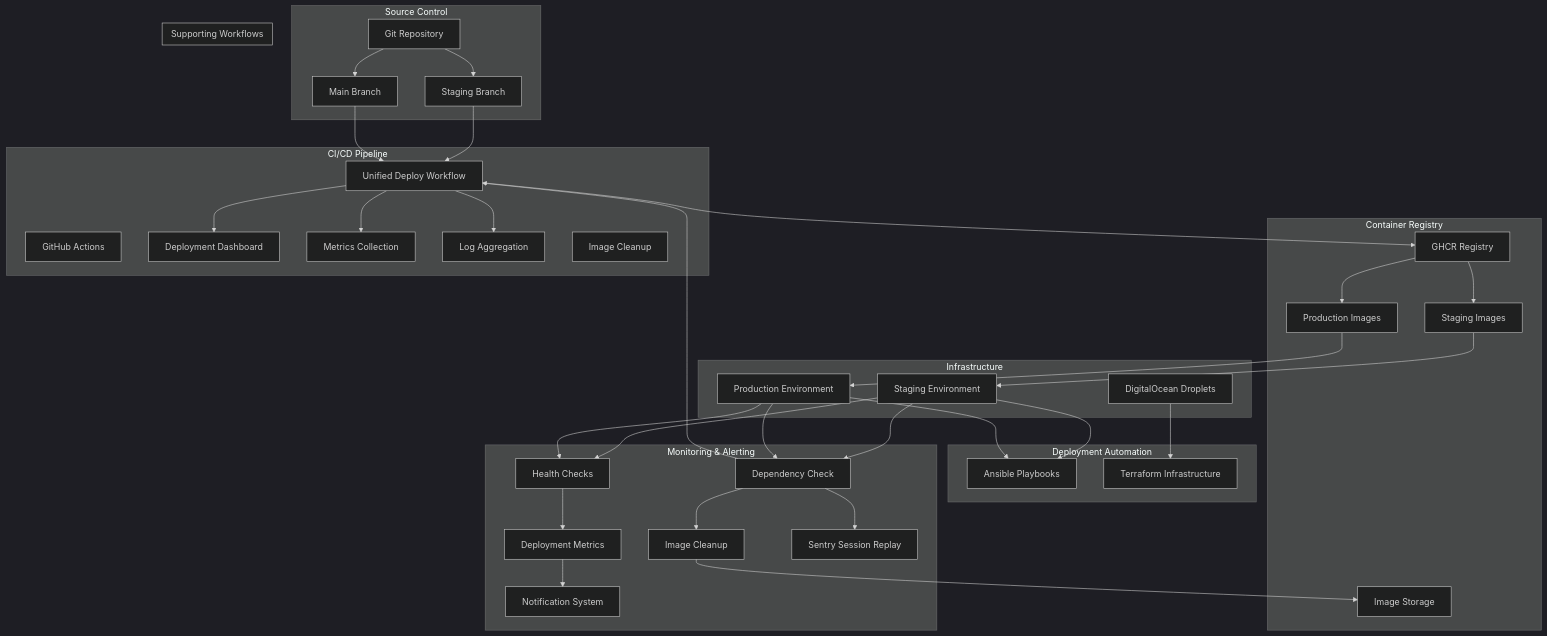
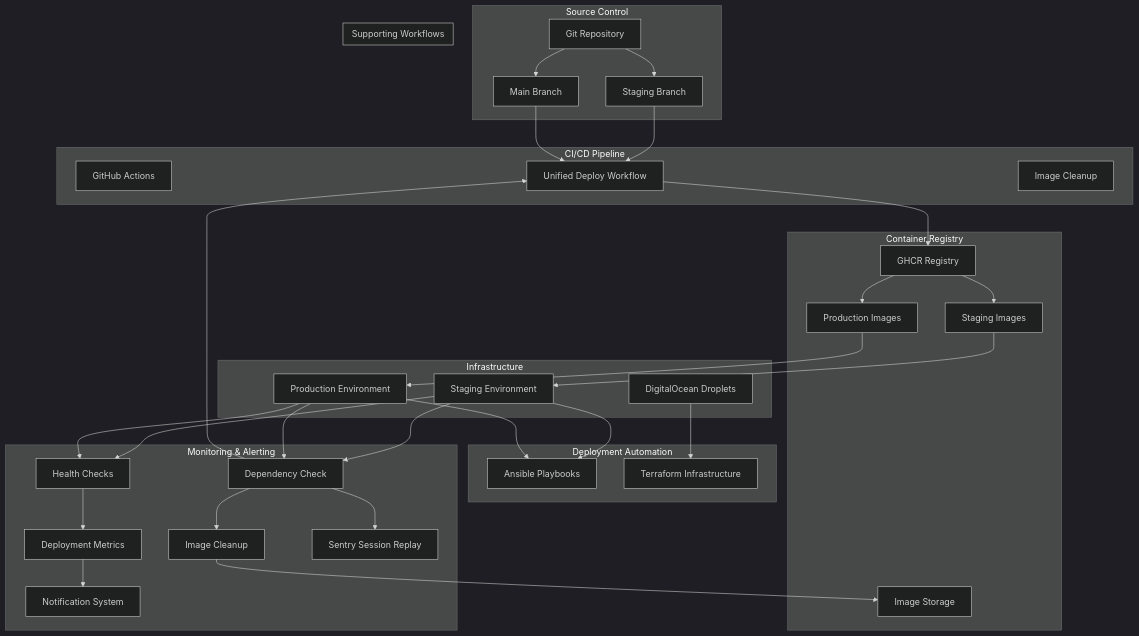
One commit to bxmty/dotca changed the first of 13 diagrams in docs/component-interaction-diagram.md. Above: the diagram before and after it, drawn with Mermaid (dark theme). The commit also changed other lines of this file and 10 other files, not shown here.

````diff
--- a/docs/component-interaction-diagram.md
+++ b/docs/component-interaction-diagram.md
@@ -9,75 +9,69 @@
 ```mermaid
 graph TB
     subgraph "Source Control"
         A[Git Repository]
         B[Staging Branch]
         C[Main Branch]
     end
 
     subgraph "CI/CD Pipeline"
         D[GitHub Actions]
         E[Unified Deploy Workflow]
-        F[Deployment Dashboard]
-        G[Metrics Collection]
-        H[Log Aggregation]
         I[Image Cleanup]
     end
 
     subgraph "Container Registry"
         J[GHCR Registry]
         K[Staging Images]
         L[Production Images]
         M[Image Storage]
     end
 
     subgraph "Infrastructure"
         N[Staging Environment]
         O[Production Environment]
         P[DigitalOcean Droplets]
     end
 
     subgraph "Deployment Automation"
         Q[Ansible Playbooks]
         R[Terraform Infrastructure]
     end
 
     subgraph "Monitoring & Alerting"
         S[Health Checks]
         T[Deployment Metrics]
         U[Notification System]
         V[Sentry Error Monitoring]
         W[Sentry Performance Tracing]
         X[Sentry Session Replay]
     end
 
     subgraph "Supporting Workflows"
         V[Dependency Check]
         W[Image Cleanup]
     end
 
     A --> B
     A --> C
     B --> E
     C --> E
     E --> J
     J --> K
     J --> L
     K --> N
     L --> O
     N --> Q
     O --> Q
     P --> R
     N --> S
     O --> S
     N --> V
     O --> V
     S --> T
     T --> U
     V --> W
     V --> X
-    E --> F
-    E --> G
-    E --> H
     W --> M
     V --> E
 ```
````
